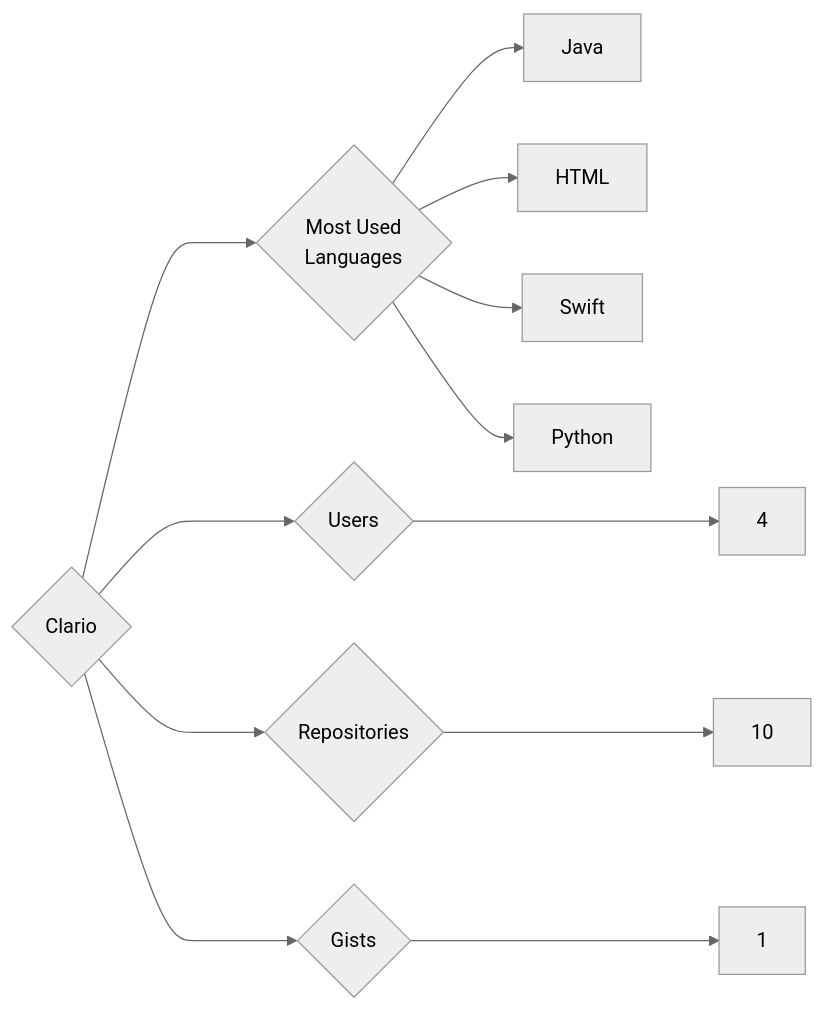
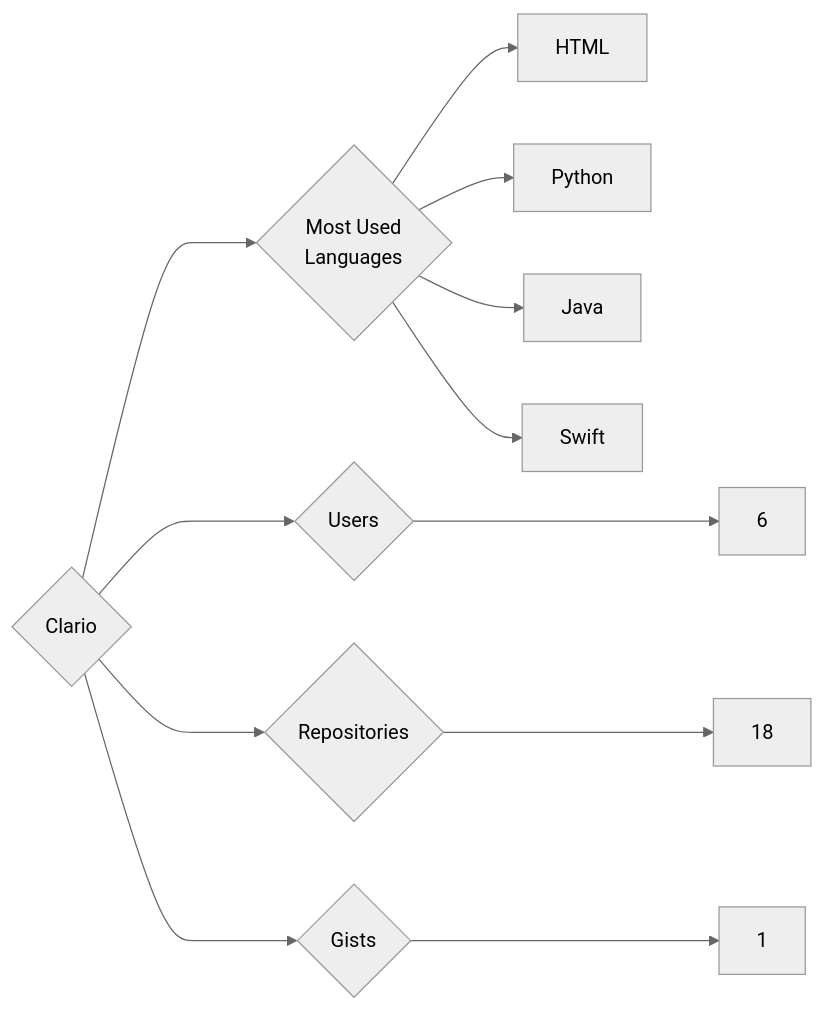
One commit to trickest/insiders changed the diagram in targets/Clario/README.md. Above: the diagram before and after it, drawn with Mermaid (neutral theme). The commit also changed 985 other files, not shown here.

````diff
--- a/targets/Clario/README.md
+++ b/targets/Clario/README.md
@@ -3,12 +3,12 @@
 ```mermaid
 graph LR
 COMPANY_NAME{Clario}
-COMPANY_NAME ---> U{Users} ---> UN[4]
-COMPANY_NAME ---> R{Repositories} ---> RN[10]
+COMPANY_NAME ---> U{Users} ---> UN[6]
+COMPANY_NAME ---> R{Repositories} ---> RN[18]
 COMPANY_NAME ---> G{Gists} ---> GN[1]
 COMPANY_NAME ---> ML{Most Used<br>Languages}
+ML --> HTML[HTML]
+ML --> Python[Python]
 ML --> Java[Java]
-ML --> HTML[HTML]
 ML --> Swift[Swift]
-ML --> Python[Python]
 ```
````
